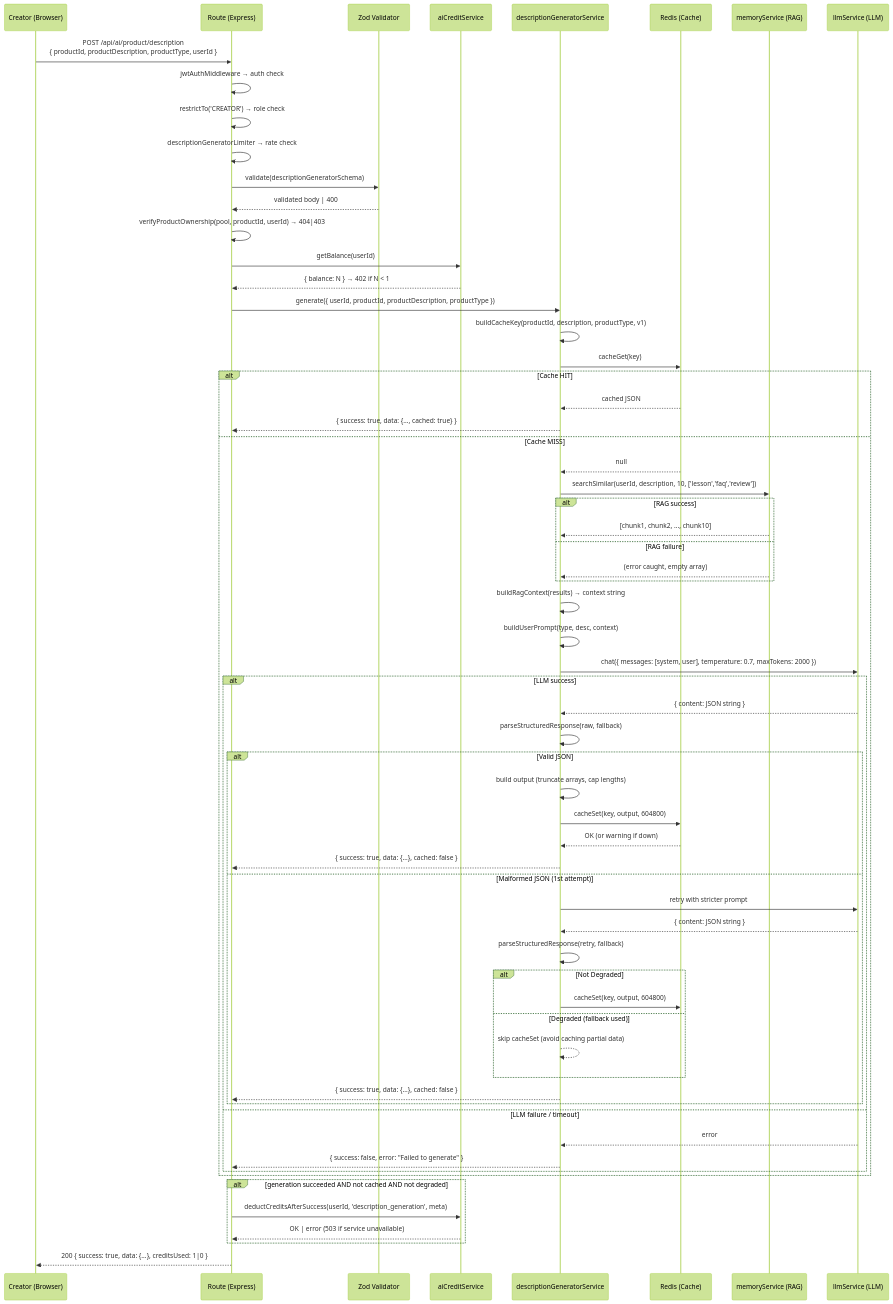
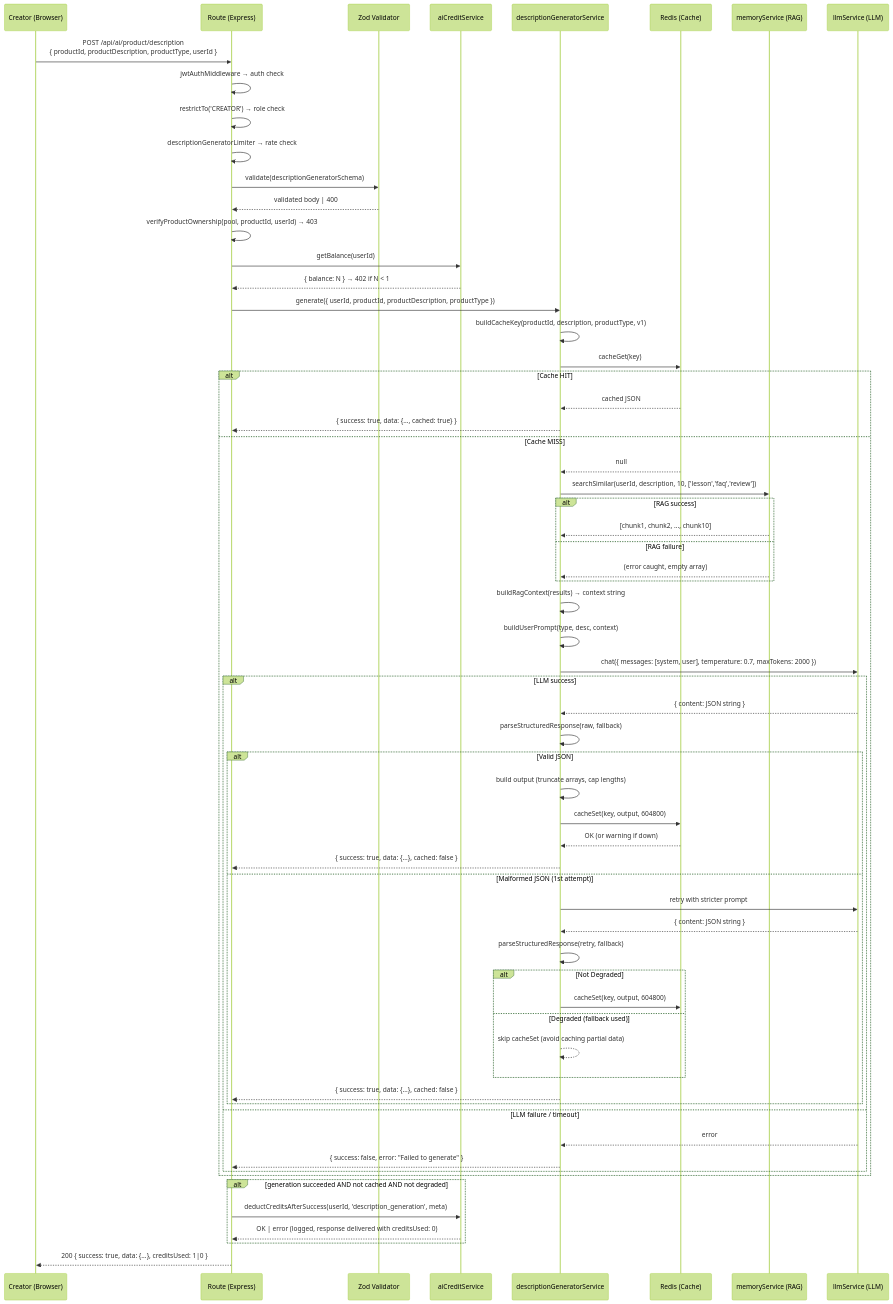
Before and after one commit to egkike/crema: the diagram in openspec/changes/description-generator/design.md, drawn with Mermaid (forest theme). The commit also changed other lines of this file and 3 other files, not shown here.

````diff
--- a/openspec/changes/description-generator/design.md
+++ b/openspec/changes/description-generator/design.md
@@ -1075,67 +1106,67 @@
 ```mermaid
 sequenceDiagram
     participant C as Creator (Browser)
     participant R as Route (Express)
     participant Z as Zod Validator
     participant CR as aiCreditService
     participant S as descriptionGeneratorService
     participant RD as Redis (Cache)
     participant M as memoryService (RAG)
     participant L as llmService (LLM)
 
     C->>R: POST /api/ai/product/description<br/>{ productId, productDescription, productType, userId }
     R->>R: jwtAuthMiddleware → auth check
     R->>R: restrictTo('CREATOR') → role check
     R->>R: descriptionGeneratorLimiter → rate check
     R->>Z: validate(descriptionGeneratorSchema)
     Z-->>R: validated body | 400
-    R->>R: verifyProductOwnership(pool, productId, userId) → 404|403
+    R->>R: verifyProductOwnership(pool, productId, userId) → 403
     R->>CR: getBalance(userId)
     CR-->>R: { balance: N } → 402 if N < 1
     R->>S: generate({ userId, productId, productDescription, productType })
     S->>S: buildCacheKey(productId, description, productType, v1)
     S->>RD: cacheGet(key)
     alt Cache HIT
         RD-->>S: cached JSON
         S-->>R: { success: true, data: {..., cached: true} }
     else Cache MISS
         RD-->>S: null
         S->>M: searchSimilar(userId, description, 10, ['lesson','faq','review'])
         alt RAG success
             M-->>S: [chunk1, chunk2, ..., chunk10]
         else RAG failure
             M-->>S: (error caught, empty array)
         end
         S->>S: buildRagContext(results) → context string
         S->>S: buildUserPrompt(type, desc, context)
         S->>L: chat({ messages: [system, user], temperature: 0.7, maxTokens: 2000 })
         alt LLM success
             L-->>S: { content: JSON string }
             S->>S: parseStructuredResponse(raw, fallback)
             alt Valid JSON
                 S->>S: build output (truncate arrays, cap lengths)
                 S->>RD: cacheSet(key, output, 604800)
                 RD-->>S: OK (or warning if down)
                 S-->>R: { success: true, data: {...}, cached: false }
             else Malformed JSON (1st attempt)
                 S->>L: retry with stricter prompt
                 L-->>S: { content: JSON string }
                 S->>S: parseStructuredResponse(retry, fallback)
                 alt Not Degraded
                     S->>RD: cacheSet(key, output, 604800)
                 else Degraded (fallback used)
                     S-->>S: skip cacheSet (avoid caching partial data)
                 end
                 S-->>R: { success: true, data: {...}, cached: false }
             end
         else LLM failure / timeout
             L-->>S: error
             S-->>R: { success: false, error: "Failed to generate" }
         end
     end
     alt generation succeeded AND not cached AND not degraded
         R->>CR: deductCreditsAfterSuccess(userId, 'description_generation', meta)
-        CR-->>R: OK | error (503 if service unavailable)
+        CR-->>R: OK | error (logged, response delivered with creditsUsed: 0)
     end
     R-->>C: 200 { success: true, data: {...}, creditsUsed: 1|0 }
 ```
````
